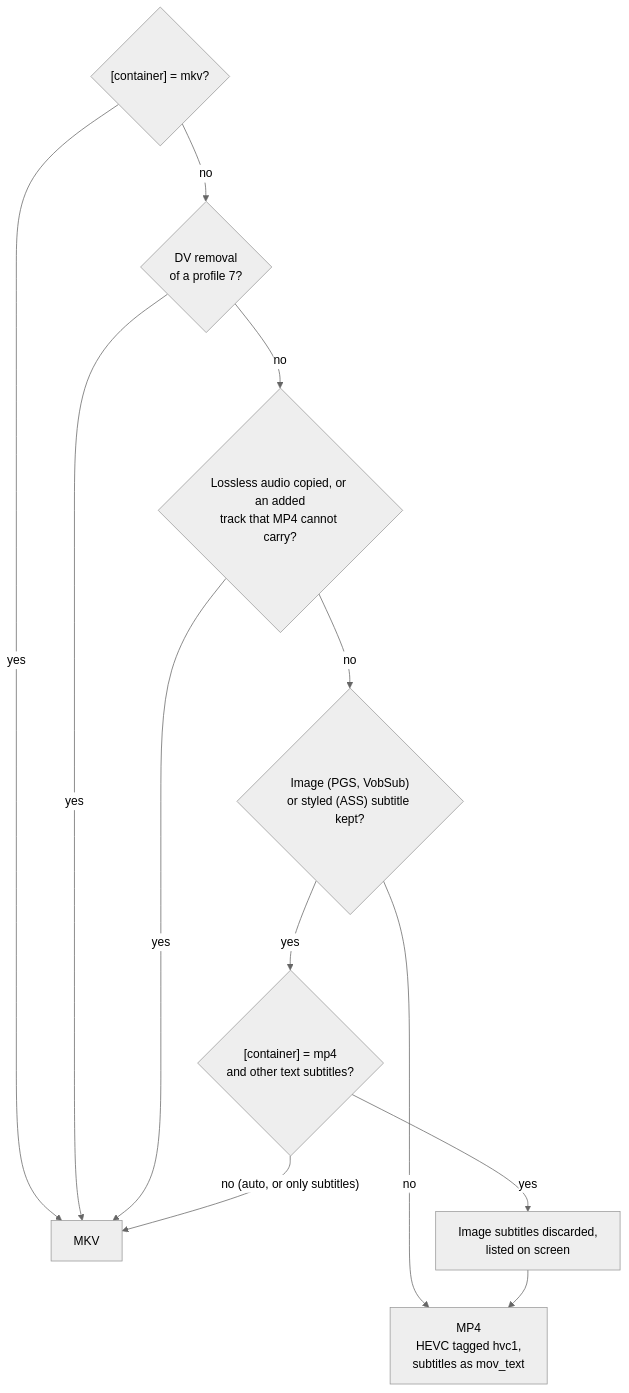
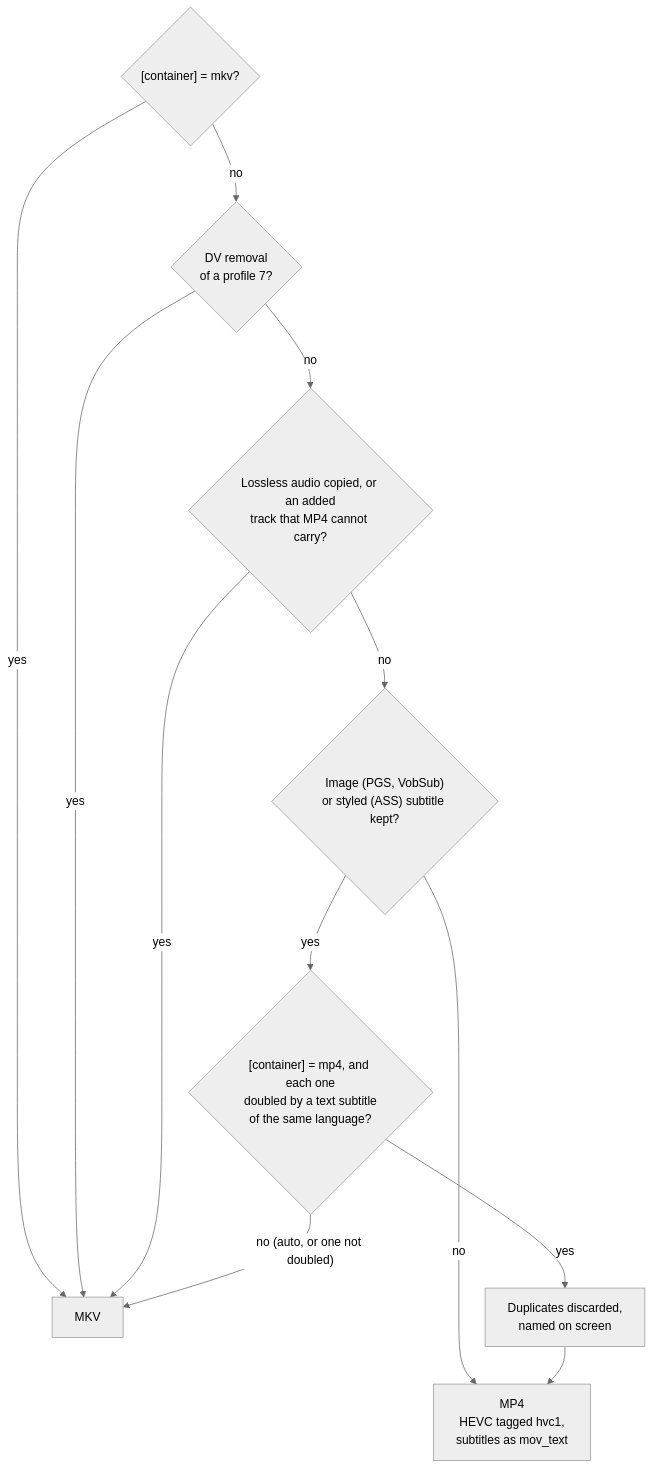
The sixth of 6 diagrams in README.md (opegon/IRIS_Encode), drawn with Mermaid (neutral theme) before and after one commit. The commit also changed other lines of this file and 21 other files, not shown here.

````diff
--- a/README.md
+++ b/README.md
@@ -193,14 +195,14 @@
 ```mermaid
 flowchart TD
     C0{"[container] = mkv?"}
     C0 -->|yes| MKV["MKV"]
     C0 -->|no| C1{"DV removal<br/>of a profile 7?"}
     C1 -->|yes| MKV
     C1 -->|no| C2{"Lossless audio copied, or an added<br/>track that MP4 cannot carry?"}
     C2 -->|yes| MKV
     C2 -->|no| C3{"Image (PGS, VobSub)<br/>or styled (ASS) subtitle kept?"}
     C3 -->|no| MP4["MP4<br/>HEVC tagged hvc1,<br/>subtitles as mov_text"]
-    C3 -->|yes| C4{"[container] = mp4<br/>and other text subtitles?"}
-    C4 -->|yes| C5["Image subtitles discarded,<br/>listed on screen"] --> MP4
-    C4 -->|"no (auto, or only subtitles)"| MKV
+    C3 -->|yes| C4{"[container] = mp4, and each one<br/>doubled by a text subtitle<br/>of the same language?"}
+    C4 -->|yes| C5["Duplicates discarded,<br/>named on screen"] --> MP4
+    C4 -->|"no (auto, or one not doubled)"| MKV
 ```
````
